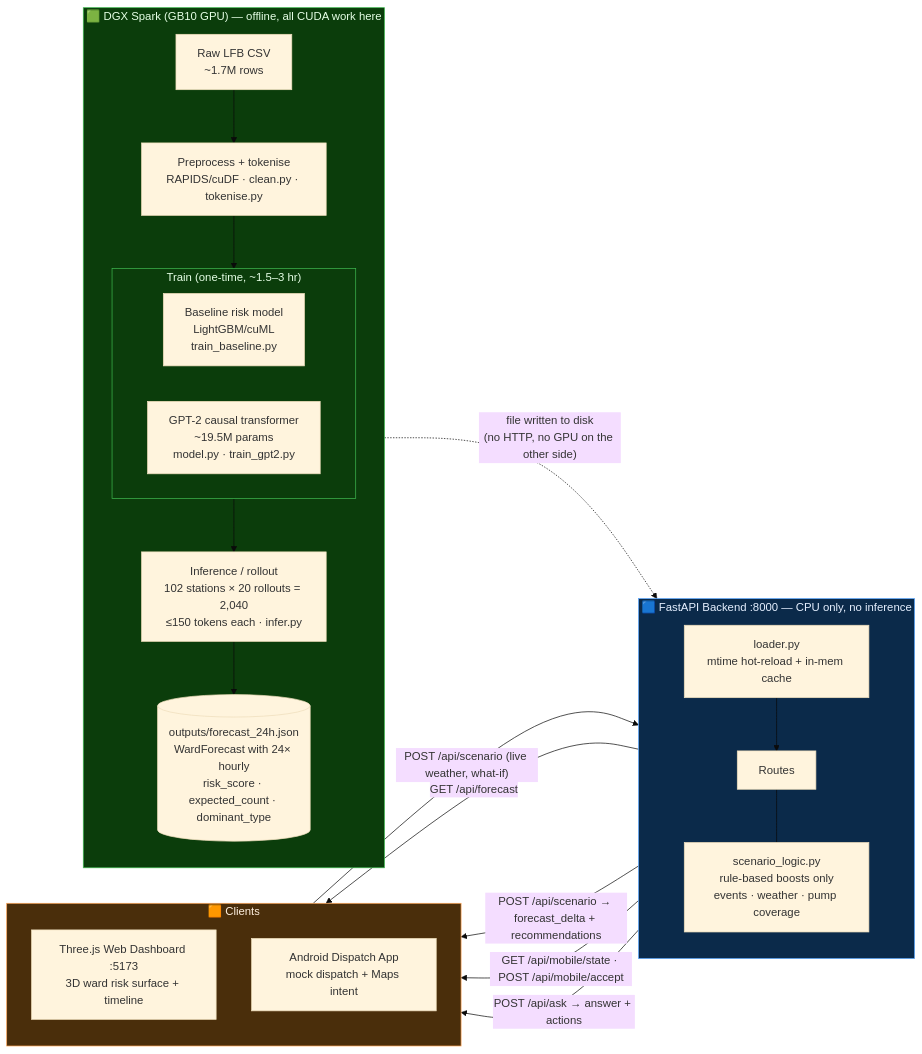
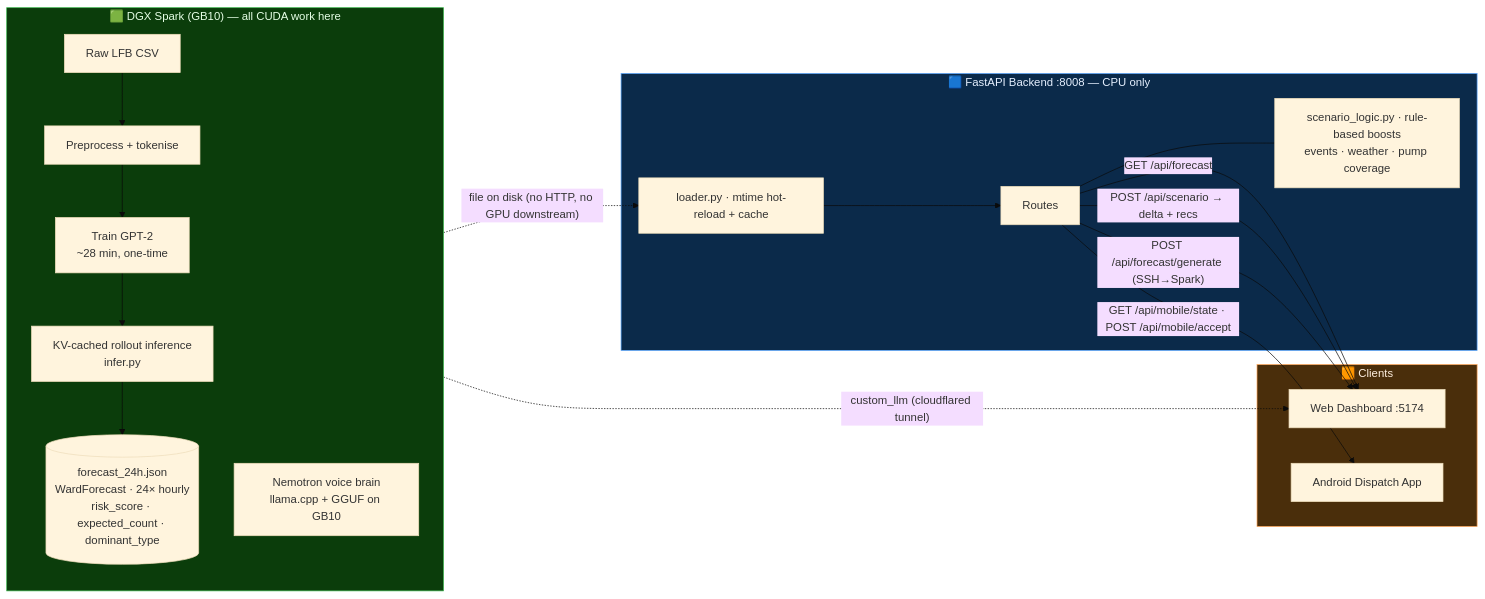
One commit to Hha21/Hackathon_NVIDIALONDON changed the second of 2 diagrams in README.md. Above: the diagram before and after it, drawn with Mermaid (base theme). The commit also changed other lines of this file, not shown here.

First line of the commit message:
docs(readme): correct figures and add training/readiness + real-time roadmap

````diff
--- a/README.md
+++ b/README.md
@@ -194,44 +174,38 @@
 ```mermaid
 flowchart LR
-    subgraph DGX["🟩 DGX Spark (GB10 GPU) — offline, all CUDA work here"]
+    subgraph DGX["🟩 DGX Spark (GB10) — all CUDA work here"]
         direction TB
-        RAW[Raw LFB CSV<br/>~1.7M rows] --> PREP[Preprocess + tokenise<br/>RAPIDS/cuDF · clean.py · tokenise.py]
-        PREP --> TRAIN
-        subgraph TRAIN["Train (one-time, ~1.5–3 hr)"]
-            direction LR
-            BASE[Baseline risk model<br/>LightGBM/cuML<br/>train_baseline.py]
-            GPT[GPT-2 causal transformer<br/>~19.5M params<br/>model.py · train_gpt2.py]
-        end
-        TRAIN --> INFER[Inference / rollout<br/>102 stations × 20 rollouts = 2,040<br/>≤150 tokens each · infer.py]
-        INFER --> JSON[(outputs/forecast_24h.json<br/>WardForecast with 24× hourly<br/>risk_score · expected_count · dominant_type)]
+        RAW[Raw LFB CSV] --> PREP[Preprocess + tokenise]
+        PREP --> TRAIN[Train GPT-2<br/>~28 min, one-time]
+        TRAIN --> INFER[KV-cached rollout inference<br/>infer.py]
+        INFER --> JSON[(forecast_24h.json<br/>WardForecast · 24× hourly<br/>risk_score · expected_count · dominant_type)]
+        NEM[Nemotron voice brain<br/>llama.cpp + GGUF on GB10]
     end
 
-    JSON -. "file written to disk<br/>(no HTTP, no GPU on the other side)" .-> LOADER
+    JSON -. "file on disk (no HTTP, no GPU downstream)" .-> LOADER
 
-    subgraph BE["🟦 FastAPI Backend :8000 — CPU only, no inference"]
-        direction TB
-        LOADER[loader.py<br/>mtime hot-reload + in-mem cache]
+    subgraph BE["🟦 FastAPI Backend :8008 — CPU only"]
+        LOADER[loader.py · mtime hot-reload + cache]
         LOADER --> FAPI[Routes]
-        SCEN[scenario_logic.py<br/>rule-based boosts only<br/>events · weather · pump coverage]
+        SCEN[scenario_logic.py · rule-based boosts<br/>events · weather · pump coverage]
         FAPI --- SCEN
     end
 
     subgraph CLIENTS["🟧 Clients"]
-        direction TB
-        WEB[Three.js Web Dashboard :5173<br/>3D ward risk surface + timeline]
-        AND[Android Dispatch App<br/>mock dispatch + Maps intent]
+        WEB[Web Dashboard :5174]
+        AND[Android Dispatch App]
     end
 
     FAPI -- "GET /api/forecast" --> WEB
-    FAPI -- "POST /api/scenario → forecast_delta + recommendations" --> WEB
+    FAPI -- "POST /api/scenario → delta + recs" --> WEB
+    FAPI -- "POST /api/forecast/generate (SSH→Spark)" --> WEB
     FAPI -- "GET /api/mobile/state · POST /api/mobile/accept" --> AND
-    FAPI -- "POST /api/ask → answer + actions" --> WEB
-    WEB -- "POST /api/scenario (live weather, what-if)" --> FAPI
+    NEM -. "custom_llm (cloudflared tunnel)" .-> WEB
 
     classDef gpu fill:#0b3d0b,stroke:#3fb950,color:#e6ffe6;
     classDef be fill:#0b2a4a,stroke:#58a6ff,color:#e6f0ff;
     classDef cl fill:#4a2e0b,stroke:#ffa657,color:#fff0e0;
-    class DGX,TRAIN gpu;
+    class DGX gpu;
     class BE be;
     class CLIENTS cl;
 ```
````
